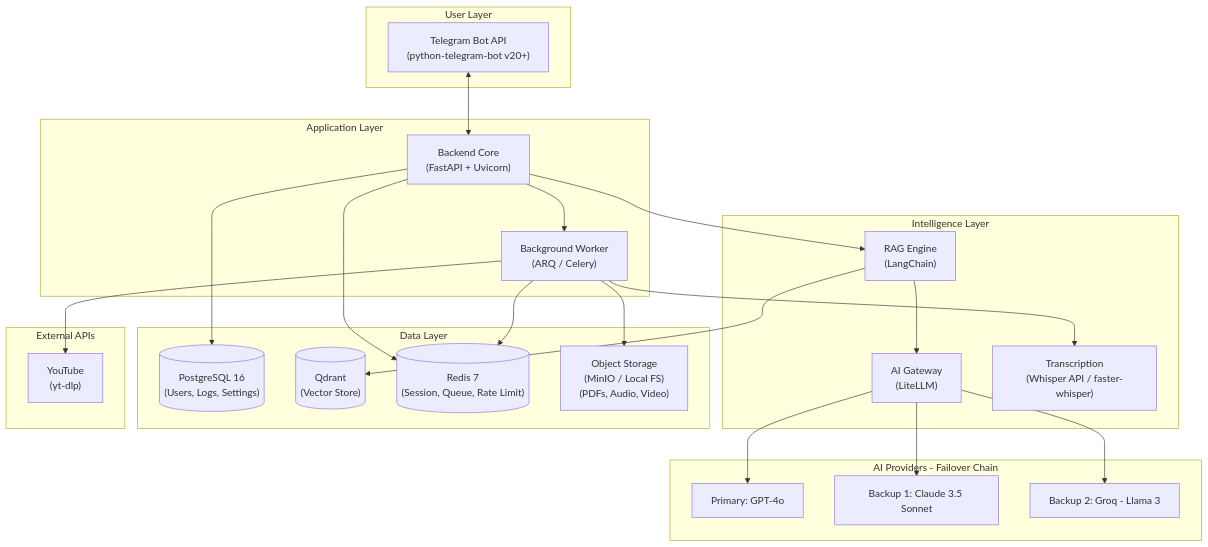
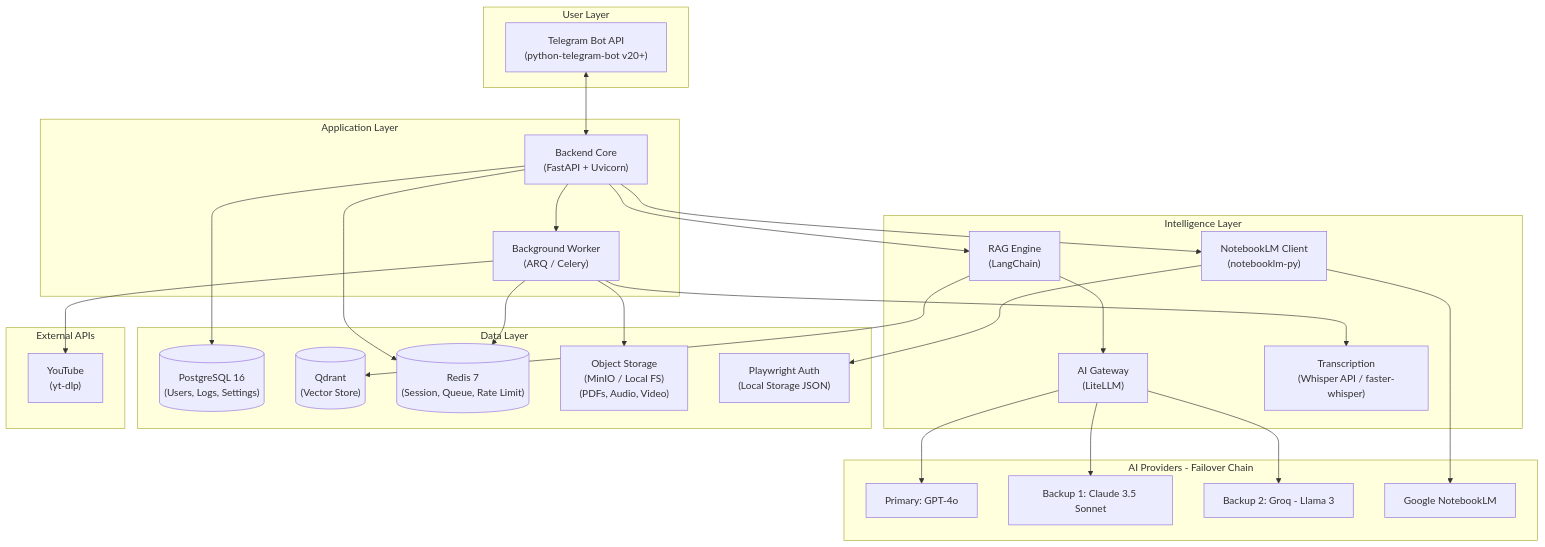
Before and after one commit to TheHashemCode/TheMahdiAI: the first of 2 diagrams in docs/architecture.md, drawn with Mermaid. The commit also changed 19 other files, not shown here.

Commit message:
feat: Integrate Google NotebookLM with Smart Fallback Chain for /ask

````diff
--- a/docs/architecture.md
+++ b/docs/architecture.md
@@ -5,49 +5,55 @@
 ```mermaid
 graph TD
     subgraph "User Layer"
         TG["Telegram Bot API\n(python-telegram-bot v20+)"]
     end
 
     subgraph "Application Layer"
         BE["Backend Core\n(FastAPI + Uvicorn)"]
         WK["Background Worker\n(ARQ / Celery)"]
     end
 
     subgraph "Intelligence Layer"
         RAG["RAG Engine\n(LangChain)"]
         AI_GW["AI Gateway\n(LiteLLM)"]
+        NBLM["NotebookLM Client\n(notebooklm-py)"]
         WHISPER["Transcription\n(Whisper API / faster-whisper)"]
     end
 
     subgraph "Data Layer"
         DB[("PostgreSQL 16\n(Users, Logs, Settings)")]
         VS[("Qdrant\n(Vector Store)")]
         CACHE[("Redis 7\n(Session, Queue, Rate Limit)")]
         S3["Object Storage\n(MinIO / Local FS)\n(PDFs, Audio, Video)"]
+        PW["Playwright Auth\n(Local Storage JSON)"]
     end
 
     subgraph "AI Providers - Failover Chain"
         P["Primary: GPT-4o"]
         B1["Backup 1: Claude 3.5 Sonnet"]
         B2["Backup 2: Groq - Llama 3"]
+        GN["Google NotebookLM"]
     end
 
     subgraph "External APIs"
         YT["YouTube\n(yt-dlp)"]
     end
 
     TG <--> BE
     BE --> RAG
+    BE --> NBLM
     BE --> WK
     RAG --> VS
     RAG --> AI_GW
+    NBLM --> PW
+    NBLM --> GN
     AI_GW --> P
     AI_GW --> B1
     AI_GW --> B2
     BE --> DB
     BE --> CACHE
     WK --> YT
     WK --> WHISPER
     WK --> S3
     WK --> CACHE
 ```
````
